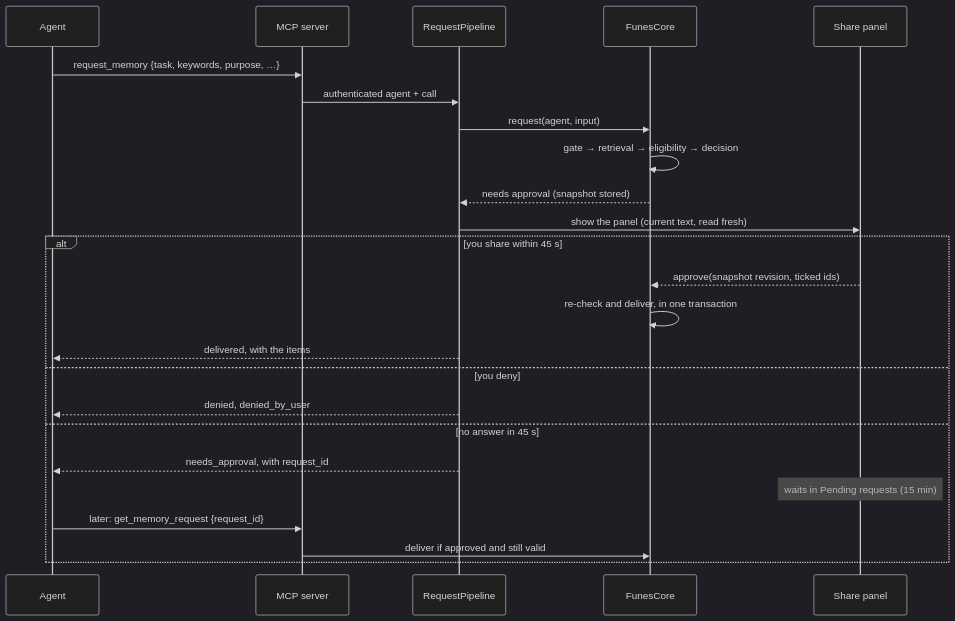
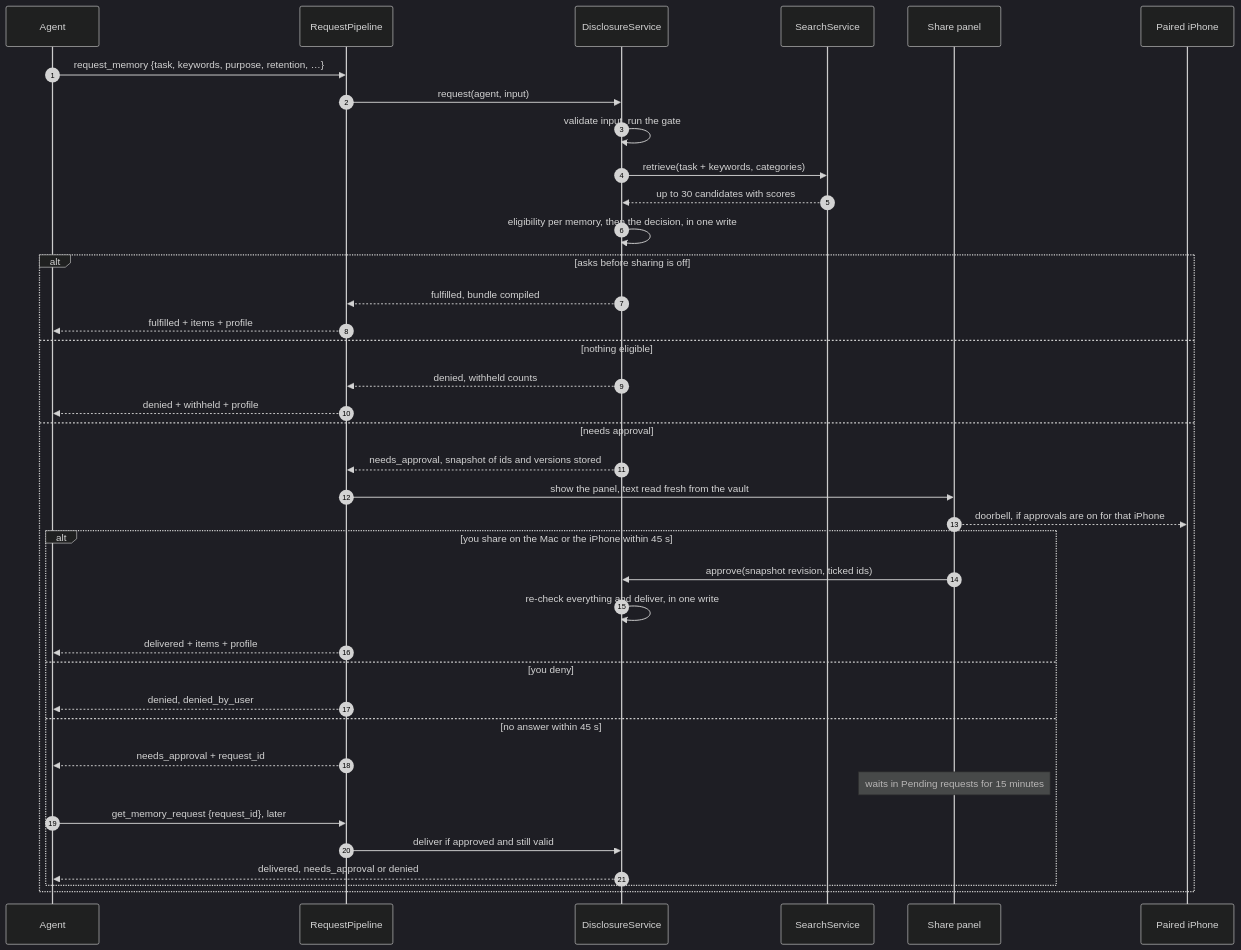
The fourth of 17 diagrams in docs/ARCHITECTURE.md (bereciartua/funes-vault-app), drawn with Mermaid (dark theme) before and after one commit. The commit also changed other lines of this file and 8 other files, not shown here.

First line of the commit message:
Docs: architecture flows and diagrams; align the docs with 0.2 and Unreleased

````diff
--- a/docs/ARCHITECTURE.md
+++ b/docs/ARCHITECTURE.md
@@ -94,26 +185,40 @@
 ```mermaid
 sequenceDiagram
+    autonumber
     participant A as Agent
-    participant S as MCP server
     participant P as RequestPipeline
-    participant C as FunesCore
-    participant U as Share panel
-    A->>S: request_memory {task, keywords, purpose, …}
-    S->>P: authenticated agent + call
-    P->>C: request(agent, input)
-    C->>C: gate → retrieval → eligibility → decision
-    C-->>P: needs approval (snapshot stored)
-    P->>U: show the panel (current text, read fresh)
-    alt you share within 45 s
-        U-->>C: approve(snapshot revision, ticked ids)
-        C->>C: re-check and deliver, in one transaction
-        P-->>A: delivered, with the items
-    else you deny
-        P-->>A: denied, denied_by_user
-    else no answer in 45 s
-        P-->>A: needs_approval, with request_id
-        Note over U: waits in Pending requests (15 min)
-        A->>S: later: get_memory_request {request_id}
-        S->>C: deliver if approved and still valid
+    participant D as DisclosureService
+    participant S as SearchService
+    participant UI as Share panel
+    participant I as Paired iPhone
+    A->>P: request_memory {task, keywords, purpose, retention, …}
+    P->>D: request(agent, input)
+    D->>D: validate input, run the gate
+    D->>S: retrieve(task + keywords, categories)
+    S-->>D: up to 30 candidates with scores
+    D->>D: eligibility per memory, then the decision, in one write
+    alt asks before sharing is off
+        D-->>P: fulfilled, bundle compiled
+        P-->>A: fulfilled + items + profile
+    else nothing eligible
+        D-->>P: denied, withheld counts
+        P-->>A: denied + withheld + profile
+    else needs approval
+        D-->>P: needs_approval, snapshot of ids and versions stored
+        P->>UI: show the panel, text read fresh from the vault
+        UI-->>I: doorbell, if approvals are on for that iPhone
+        alt you share on the Mac or the iPhone within 45 s
+            UI->>D: approve(snapshot revision, ticked ids)
+            D->>D: re-check everything and deliver, in one write
+            P-->>A: delivered + items + profile
+        else you deny
+            P-->>A: denied, denied_by_user
+        else no answer within 45 s
+            P-->>A: needs_approval + request_id
+            Note over UI: waits in Pending requests for 15 minutes
+            A->>P: get_memory_request {request_id}, later
+            P->>D: deliver if approved and still valid
+            D-->>A: delivered, needs_approval or denied
+        end
     end
 ```
````
